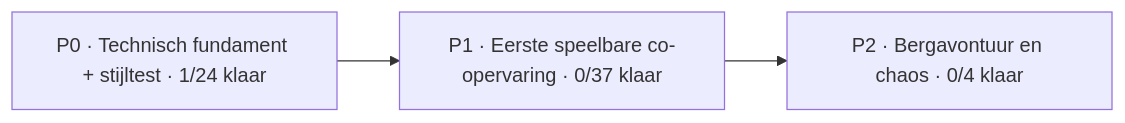
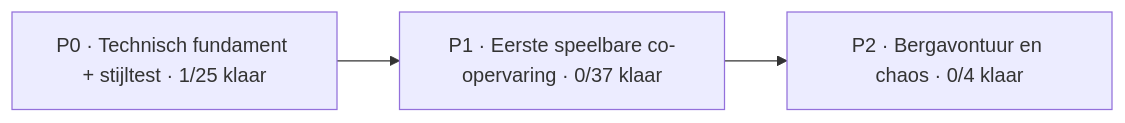
One commit to mlemson/conductor-chaos changed the diagram in Docs/PROJECT_BOARD.md. Above: the diagram before and after it, drawn with Mermaid. The commit also changed other lines of this file, not shown here.

````diff
--- a/Docs/PROJECT_BOARD.md
+++ b/Docs/PROJECT_BOARD.md
@@ -13,7 +13,7 @@
 ```mermaid
 flowchart LR
-    P0["P0 · Technisch fundament + stijltest · 1/24 klaar"]
+    P0["P0 · Technisch fundament + stijltest · 1/25 klaar"]
     P1["P1 · Eerste speelbare co-opervaring · 0/37 klaar"]
     P2["P2 · Bergavontuur en chaos · 0/4 klaar"]
     P0 --> P1 --> P2
 ```
````
